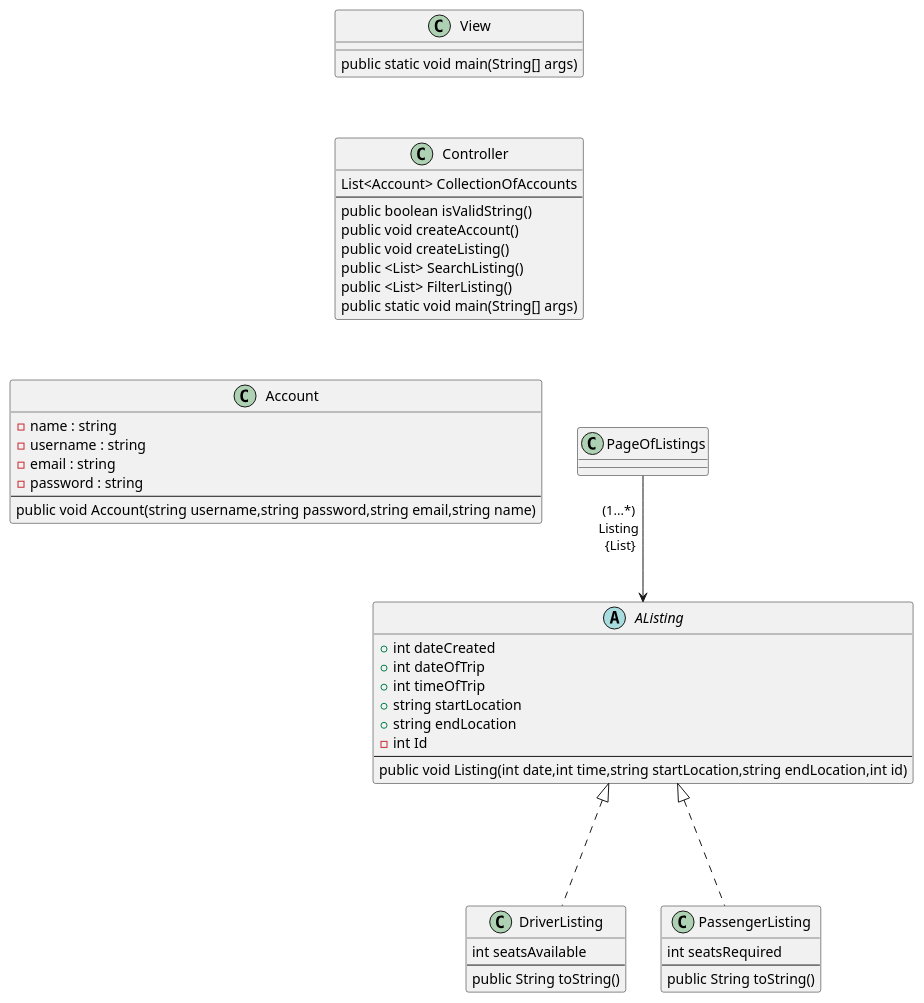
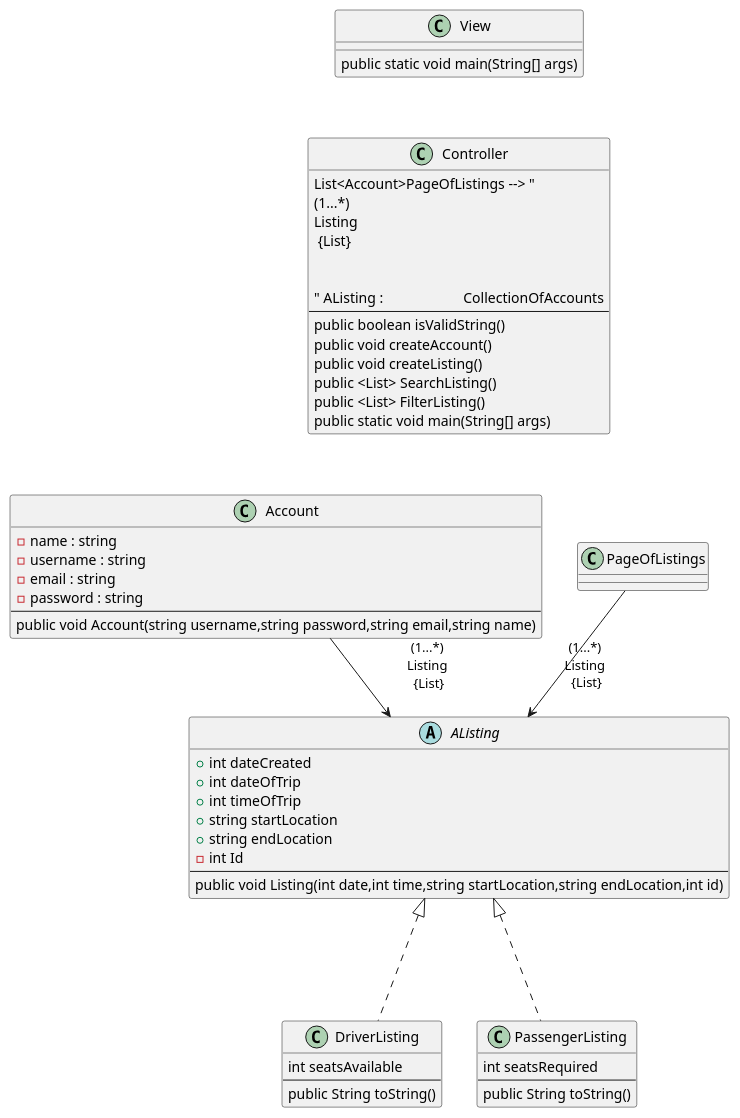
Before and after one commit to PriyaMulla/Carpool-Connect-VC: the fifth of 5 diagrams in doc/design.md, drawn with PlantUML. The commit also changed other lines of this file and 4 other files, not shown here.

````diff
--- a/doc/design.md
+++ b/doc/design.md
@@ -158,63 +158,64 @@
 ```plantuml
 @startuml
 
 class Account{
 -name : string
 -username : string
 -email : string
 -password : string
 --
 public void Account(string username,string password,string email,string name)
 }
 
 abstract AListing{
 +int dateCreated
 +int dateOfTrip
 +int timeOfTrip
 +string startLocation
 +string endLocation
 -int Id
 --
 public void Listing(int date,int time,string startLocation,string endLocation,int id)
 }
 class DriverListing{
 int seatsAvailable
 --
 public String toString()
 }
 class PassengerListing{
 int seatsRequired
 --
 public String toString()
 }
 class Controller{
-List<Account> CollectionOfAccounts 
+List<Account>PageOfListings --> "\n(1...*)\nListing\n {List}\n\n\n" AListing : \t\t\t CollectionOfAccounts 
 --
 public boolean isValidString()
 public void createAccount()
 public void createListing()
 public <List> SearchListing()
 public <List> FilterListing()
 public static void main(String[] args)
 }
 class PageOfListings{
 
 }
 class View{
  
 public static void main(String[] args)
 }
 together {
 class Account
 class PageOfListings
 }
 'Association
 View --[hidden] Controller
 Controller -[hidden] PageOfListings
 Controller --[hidden] Account
-PageOfListings --> "\n(1...*)\nListing\n {List}\n\n\n" AListing : \t\t\t
+PageOfListings --> "\n(1...*)\nListing\n {List}\n" AListing : \t\t\t
+Account --> "\n(1...*)\nListing\n {List}\n" AListing : \t
 AListing <|... DriverListing
 AListing <|... PassengerListing
 Account -[hidden] PageOfListings
 @enduml
 ```
````
